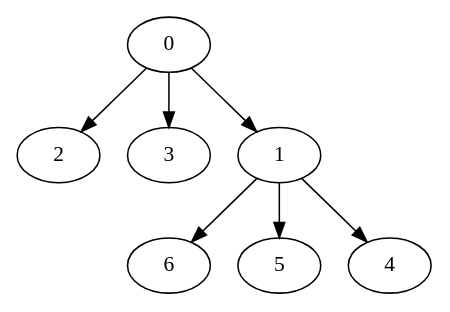
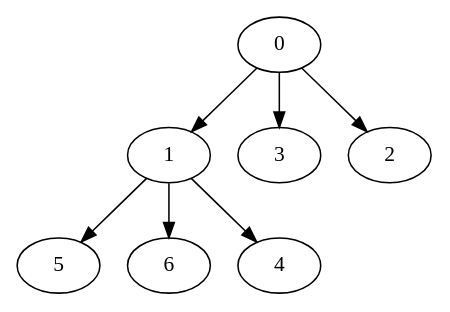
Before and after one commit to Akrya/Scheduler: the diagram in Nodes_7_OutTree-output.dot, drawn with Graphviz. The commit also changed 5 other files, not shown here.

```diff
--- a/Nodes_7_OutTree-output.dot
+++ b/Nodes_7_OutTree-output.dot
@@ -1,15 +1,15 @@
 digraph "Nodes_7_OutTree-output" {
-	 2	 [Weight=5.0,Start=16.0,Processor=0];
-	 6	 [Weight=7.0,Start=21.0,Processor=0];
-	 3	 [Weight=6.0,Start=22.0,Processor=1];
+	 5	 [Weight=7.0,Start=15.0,Processor=0];
 	 0	 [Weight=5.0,Start=0.0,Processor=1];
 	 1	 [Weight=6.0,Start=5.0,Processor=1];
-	 5	 [Weight=7.0,Start=15.0,Processor=1];
-	 4	 [Weight=4.0,Start=11.0,Processor=1];
+	 6	 [Weight=7.0,Start=11.0,Processor=1];
+	 4	 [Weight=4.0,Start=18.0,Processor=1];
+	 3	 [Weight=6.0,Start=16.0,Processor=2];
+	 2	 [Weight=5.0,Start=16.0,Processor=3];
 	 0 -> 1	[Weight=15.0];
 	 0 -> 2	[Weight=11.0];
 	 0 -> 3	[Weight=11.0];
 	 1 -> 4	[Weight=19.0];
 	 1 -> 5	[Weight=4.0];
 	 1 -> 6	[Weight=21.0];
 }
```
